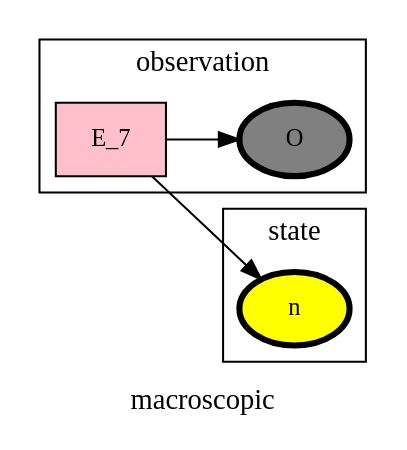
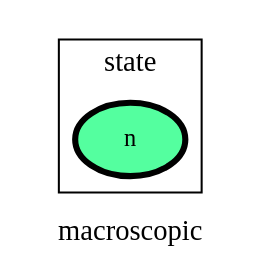
One commit to heinz-preisig/processes_distributed_no_interface_eqs changed the diagram in ontology_graphs/graph__macroscopic.dot. Above: the diagram before and after it, drawn with Graphviz. The commit also changed 93 other files, not shown here.

```diff
--- a/ontology_graphs/graph__macroscopic.dot
+++ b/ontology_graphs/graph__macroscopic.dot
@@ -1,84 +1,80 @@
 digraph macroscopic {
 label=macroscopic;
 rankdir=LR;
 subgraph cluster_macroscopic___transport {
 label=transport;
 rankdir=LR;
 }
 
 subgraph cluster_macroscopic___geometry {
 label=geometry;
 rankdir=LR;
 }
 
 subgraph cluster_macroscopic___properties {
 label=properties;
 rankdir=LR;
 }
 
 subgraph cluster_macroscopic___network {
 label=network;
 rankdir=LR;
 }
 
 subgraph cluster_macroscopic___differenceOperator {
 label=differenceOperator;
 rankdir=LR;
 }
 
 subgraph cluster_macroscopic___frame {
 label=frame;
 rankdir=LR;
 }
 
 subgraph cluster_macroscopic___state {
 label=state;
 rankdir=LR;
-V_1 [fillcolor=yellow, fontsize=12, label=n, penwidth=3, style=filled];
+V_1 [fillcolor=seagreen1, fontsize=12, label=n, penwidth=3, style=filled];
 }
 
 subgraph cluster_macroscopic___constant {
 label=constant;
 rankdir=LR;
 }
 
 subgraph cluster_macroscopic___effort {
 label=effort;
 rankdir=LR;
 }
 
 subgraph cluster_macroscopic___secondaryState {
 label=secondaryState;
 rankdir=LR;
 }
 
 subgraph cluster_macroscopic___conversion {
 label=conversion;
 rankdir=LR;
 }
 
 subgraph cluster_macroscopic___diffState {
 label=diffState;
 rankdir=LR;
 }
 
 subgraph cluster_macroscopic___internalTransport {
 label=internalTransport;
 rankdir=LR;
 }
 
 subgraph cluster_macroscopic___controlInput {
 label=controlInput;
 rankdir=LR;
 }
 
-E_7 -> V_1  [splines=ortho];
 subgraph cluster_macroscopic___observation {
 label=observation;
 rankdir=LR;
-V_8 [fillcolor=grey, fontsize=12, label=O, penwidth=3, style=filled];
-E_7 [fillcolor=pink, fontsize=12, shape=box, style=filled];
-E_7 -> V_8  [splines=ortho];
 }
 
 }
```
